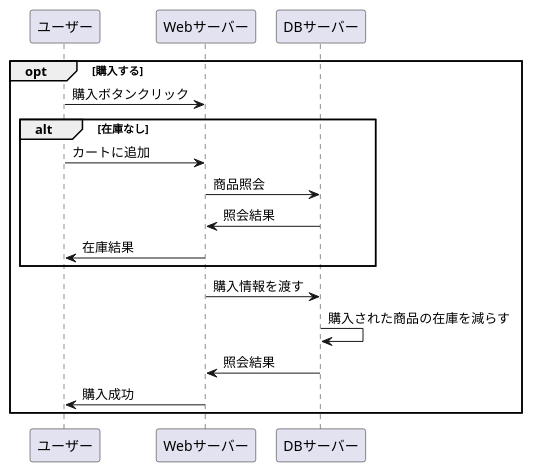
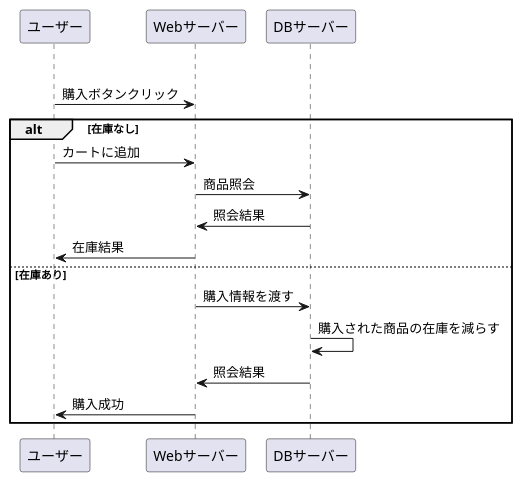
One commit to Aso2001154/2021sys-design changed the diagram in stationary/業務フロー/購入.md. Above: the diagram before and after it, drawn with PlantUML.

````diff
--- a/stationary/業務フロー/購入.md
+++ b/stationary/業務フロー/購入.md
@@ -2,20 +2,20 @@
 ```uml
 @startuml
 
 opt 購入する
 ユーザー -> Webサーバー : 購入ボタンクリック
 
 alt 在庫なし
 ユーザー -> Webサーバー : カートに追加
 Webサーバー -> DBサーバー : 商品照会
 DBサーバー -> Webサーバー : 照会結果
 Webサーバー -> ユーザー : 在庫結果
-end
+else 在庫あり
 Webサーバー -> DBサーバー : 購入情報を渡す
 DBサーバー -> DBサーバー : 購入された商品の在庫を減らす
 DBサーバー -> Webサーバー : 照会結果
 Webサーバー -> ユーザー : 購入成功
 end
 
 @enduml
 ```
````
